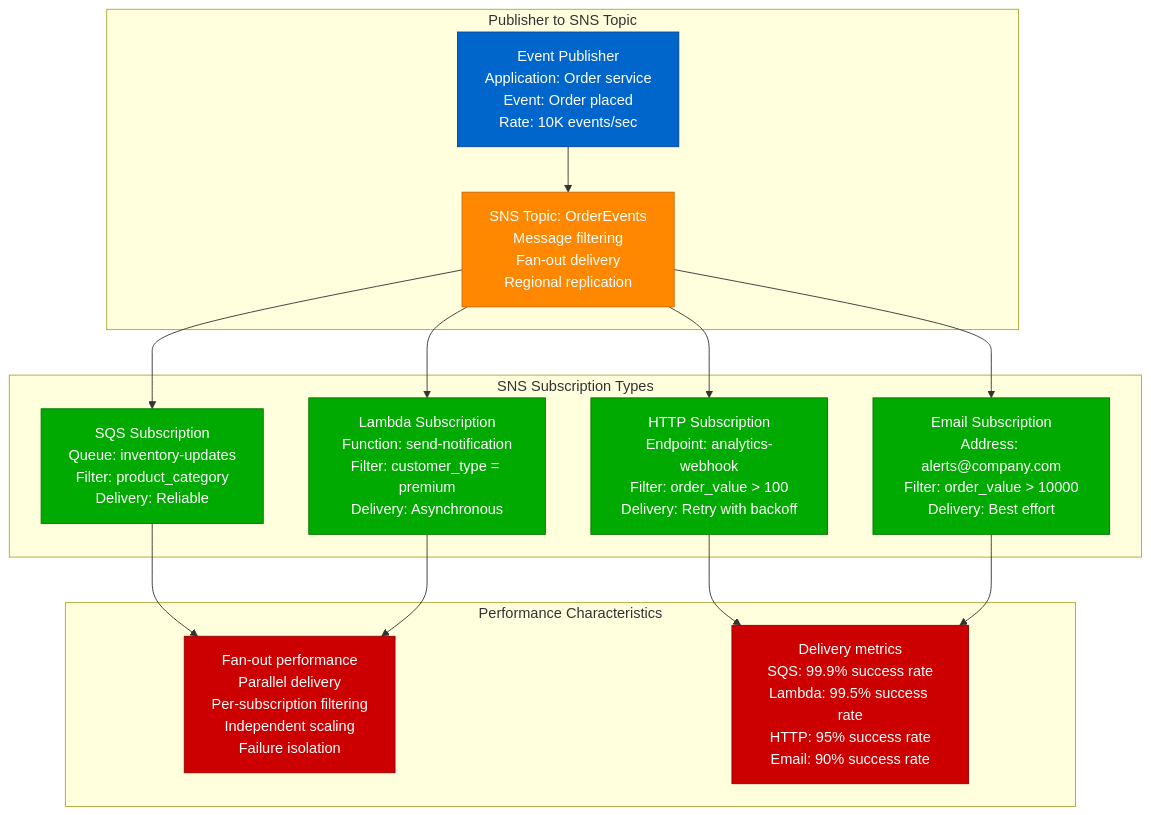
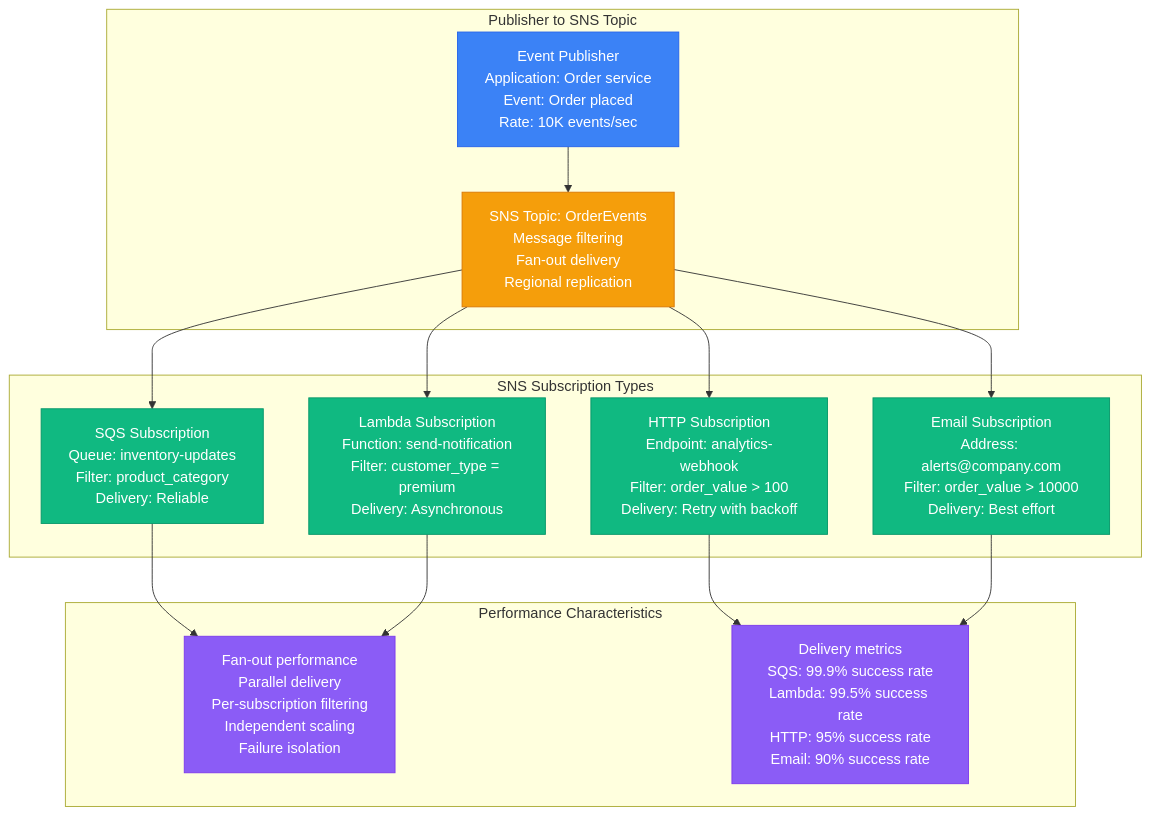
One commit to deepaucksharma/DS changed the sixth of 13 diagrams in site/docs/performance/sqs-sns-performance-profile.md. Above: the diagram before and after it, drawn with Mermaid. The commit also changed other lines of this file and 303 other files, not shown here.

````diff
--- a/site/docs/performance/sqs-sns-performance-profile.md
+++ b/site/docs/performance/sqs-sns-performance-profile.md
@@ -188,46 +188,46 @@
 ```mermaid
 graph TB
     subgraph "Publisher to SNS Topic"
         PUB[Event Publisher<br/>Application: Order service<br/>Event: Order placed<br/>Rate: 10K events/sec]
 
         TOPIC[SNS Topic: OrderEvents<br/>Message filtering<br/>Fan-out delivery<br/>Regional replication]
 
         PUB --> TOPIC
     end
 
     subgraph "SNS Subscription Types"
         SQS_SUB[SQS Subscription<br/>Queue: inventory-updates<br/>Filter: product_category<br/>Delivery: Reliable]
 
         LAMBDA_SUB[Lambda Subscription<br/>Function: send-notification<br/>Filter: customer_type = premium<br/>Delivery: Asynchronous]
 
         HTTP_SUB[HTTP Subscription<br/>Endpoint: analytics-webhook<br/>Filter: order_value > 100<br/>Delivery: Retry with backoff]
 
         EMAIL_SUB[Email Subscription<br/>Address: alerts@company.com<br/>Filter: order_value > 10000<br/>Delivery: Best effort]
 
         TOPIC --> SQS_SUB
         TOPIC --> LAMBDA_SUB
         TOPIC --> HTTP_SUB
         TOPIC --> EMAIL_SUB
     end
 
     subgraph "Performance Characteristics"
         PERF1[Fan-out performance<br/>Parallel delivery<br/>Per-subscription filtering<br/>Independent scaling<br/>Failure isolation]
 
         PERF2[Delivery metrics<br/>SQS: 99.9% success rate<br/>Lambda: 99.5% success rate<br/>HTTP: 95% success rate<br/>Email: 90% success rate]
 
         SQS_SUB --> PERF1
         LAMBDA_SUB --> PERF1
         HTTP_SUB --> PERF2
         EMAIL_SUB --> PERF2
     end
 
-    classDef pubStyle fill:#0066CC,stroke:#004499,color:#fff
-    classDef topicStyle fill:#FF8800,stroke:#CC6600,color:#fff
-    classDef subStyle fill:#00AA00,stroke:#007700,color:#fff
-    classDef perfStyle fill:#CC0000,stroke:#990000,color:#fff
+    classDef pubStyle fill:#3B82F6,stroke:#2563EB,color:#fff
+    classDef topicStyle fill:#F59E0B,stroke:#D97706,color:#fff
+    classDef subStyle fill:#10B981,stroke:#059669,color:#fff
+    classDef perfStyle fill:#8B5CF6,stroke:#7C3AED,color:#fff
 
     class PUB,TOPIC pubStyle
     class TOPIC topicStyle
     class SQS_SUB,LAMBDA_SUB,HTTP_SUB,EMAIL_SUB subStyle
     class PERF1,PERF2 perfStyle
 ```
````
